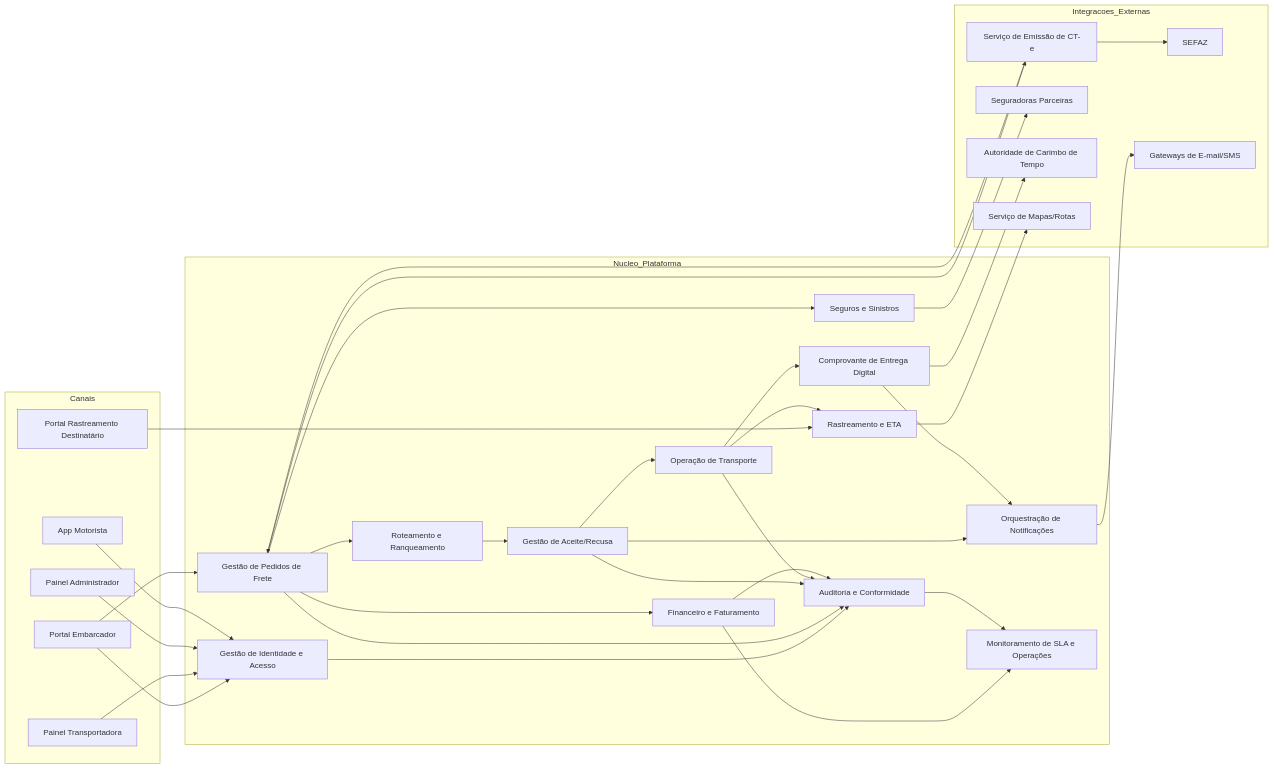
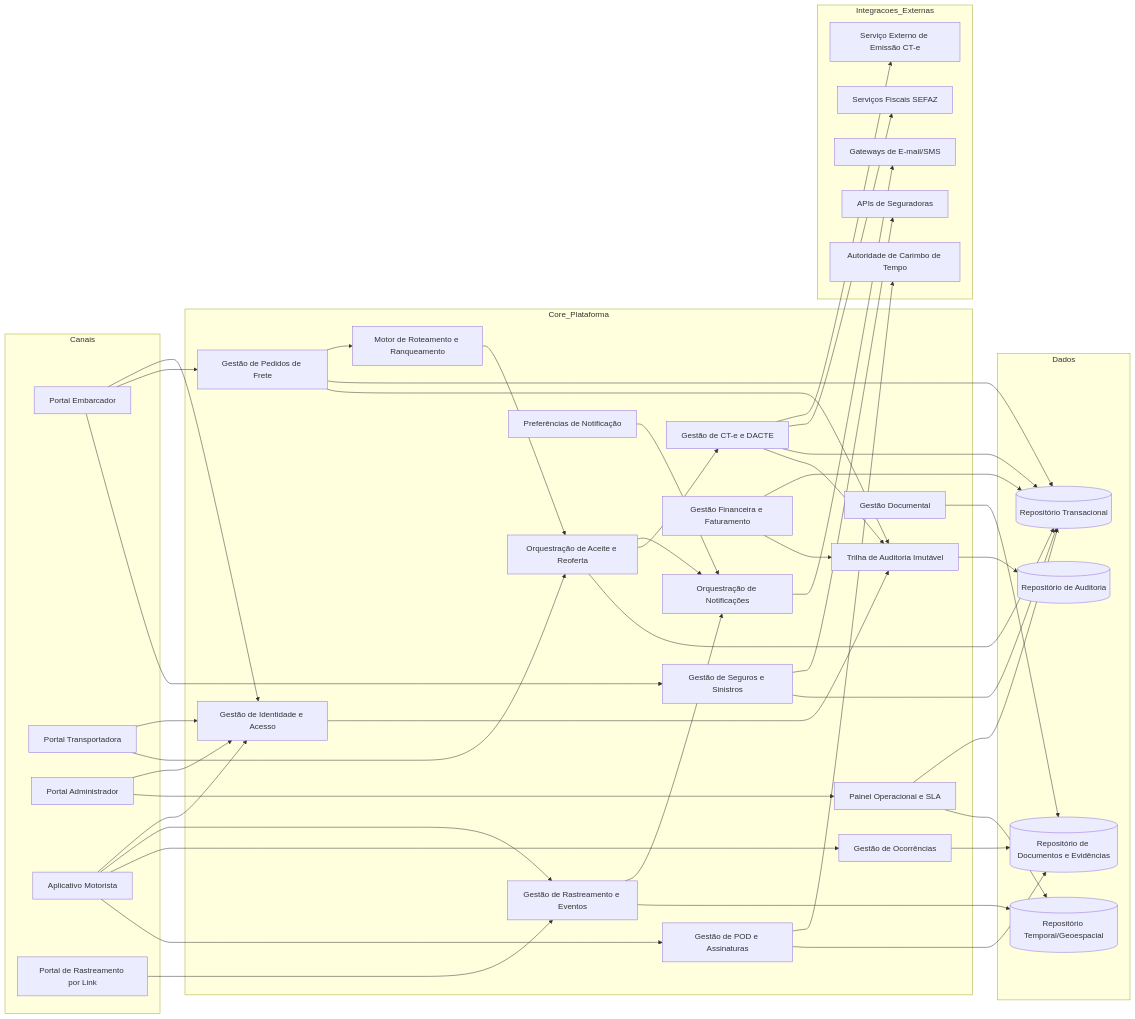
The first of 3 diagrams in docs/Time_2_Design/analise-qualitativa/outputs/relatorio_gpt_5_3_codex_G04.md (PDC-ESIA/AI4ES), drawn with Mermaid before and after one commit. The commit also changed other lines of this file and 107 other files, not shown here.

````diff
--- a/docs/Time_2_Design/analise-qualitativa/outputs/relatorio_gpt_5_3_codex_G04.md
+++ b/docs/Time_2_Design/analise-qualitativa/outputs/relatorio_gpt_5_3_codex_G04.md
@@ -28,67 +30,92 @@
 ```mermaid
 flowchart LR
-    subgraph Canais
-        WEBE[Portal Embarcador]
-        WEBT[Painel Transportadora]
-        WEBA[Painel Administrador]
-        APPM[App Motorista]
-        LINKD[Portal Rastreamento Destinatário]
-    end
+  subgraph Canais
+    WEBE[Portal Embarcador]
+    WEBT[Portal Transportadora]
+    WEBA[Portal Administrador]
+    APPM[Aplicativo Motorista]
+    LINKD[Portal de Rastreamento por Link]
+  end
 
-    subgraph Nucleo_Plataforma
-        IAM[Gestão de Identidade e Acesso]
-        PED[Gestão de Pedidos de Frete]
-        ROT[Roteamento e Ranqueamento]
-        ACE[Gestão de Aceite/Recusa]
-        OPR[Operação de Transporte]
-        RAS[Rastreamento e ETA]
-        POD[Comprovante de Entrega Digital]
-        FIN[Financeiro e Faturamento]
-        SEG[Seguros e Sinistros]
-        NOTI[Orquestração de Notificações]
-        AUD[Auditoria e Conformidade]
-        MON[Monitoramento de SLA e Operações]
-    end
+  subgraph Core_Plataforma
+    IAM[Gestão de Identidade e Acesso]
+    FRETE[Gestão de Pedidos de Frete]
+    ROTEIRO[Motor de Roteamento e Ranqueamento]
+    ACEITE[Orquestração de Aceite e Reoferta]
+    CTE[Gestão de CT-e e DACTE]
+    TRACK[Gestão de Rastreamento e Eventos]
+    POD[Gestão de POD e Assinaturas]
+    OCOR[Gestão de Ocorrências]
+    SEG[Gestão de Seguros e Sinistros]
+    FIN[Gestão Financeira e Faturamento]
+    NOTIF[Orquestração de Notificações]
+    SLA[Painel Operacional e SLA]
+    AUDIT[Trilha de Auditoria Imutável]
+    DOCS[Gestão Documental]
+    PREF[Preferências de Notificação]
+  end
 
-    subgraph Integracoes_Externas
-        CTE[Serviço de Emissão de CT-e]
-        SEFAZ[SEFAZ]
-        INS[Seguradoras Parceiras]
-        CHMSG[Gateways de E-mail/SMS]
-        TSA[Autoridade de Carimbo de Tempo]
-        MAP[Serviço de Mapas/Rotas]
-    end
+  subgraph Dados
+    CAD[(Repositório Transacional)]
+    GEO[(Repositório Temporal/Geoespacial)]
+    ARQ[(Repositório de Documentos e Evidências)]
+    LOG[(Repositório de Auditoria)]
+  end
 
-    WEBE --> IAM
-    WEBT --> IAM
-    WEBA --> IAM
-    APPM --> IAM
-    LINKD --> RAS
+  subgraph Integracoes_Externas
+    SEFAZ[Serviços Fiscais SEFAZ]
+    CTEEXT[Serviço Externo de Emissão CT-e]
+    SEGEXT[APIs de Seguradoras]
+    MSGEXT[Gateways de E-mail/SMS]
+    TIMESTAMP[Autoridade de Carimbo de Tempo]
+  end
 
-    WEBE --> PED
-    PED --> ROT
-    ROT --> ACE
-    ACE --> NOTI
-    ACE --> OPR
-    OPR --> RAS
-    OPR --> POD
-    POD --> NOTI
-    PED --> SEG
-    PED --> FIN
-    FIN --> MON
-    AUD --> MON
+  WEBE --> IAM
+  WEBT --> IAM
+  WEBA --> IAM
+  APPM --> IAM
+  LINKD --> TRACK
 
-    PED --> CTE
-    CTE --> SEFAZ
-    CTE --> PED
-    SEG --> INS
-    NOTI --> CHMSG
-    POD --> TSA
-    RAS --> MAP
+  WEBE --> FRETE
+  FRETE --> ROTEIRO
+  ROTEIRO --> ACEITE
+  ACEITE --> NOTIF
+  ACEITE --> CTE
+  WEBT --> ACEITE
 
-    IAM --> AUD
-    PED --> AUD
-    ACE --> AUD
-    OPR --> AUD
-    FIN --> AUD
+  APPM --> TRACK
+  APPM --> OCOR
+  APPM --> POD
+  POD --> TIMESTAMP
+
+  WEBE --> SEG
+  SEG --> SEGEXT
+
+  CTE --> CTEEXT
+  CTE --> SEFAZ
+
+  TRACK --> NOTIF
+  PREF --> NOTIF
+  NOTIF --> MSGEXT
+
+  FIN --> CAD
+  FRETE --> CAD
+  ACEITE --> CAD
+  CTE --> CAD
+  SEG --> CAD
+
+  TRACK --> GEO
+  DOCS --> ARQ
+  POD --> ARQ
+  OCOR --> ARQ
+
+  IAM --> AUDIT
+  FRETE --> AUDIT
+  CTE --> AUDIT
+  FIN --> AUDIT
+  AUDIT --> LOG
+
+  SLA --> CAD
+  SLA --> GEO
+  WEBA --> SLA
 ```
````
